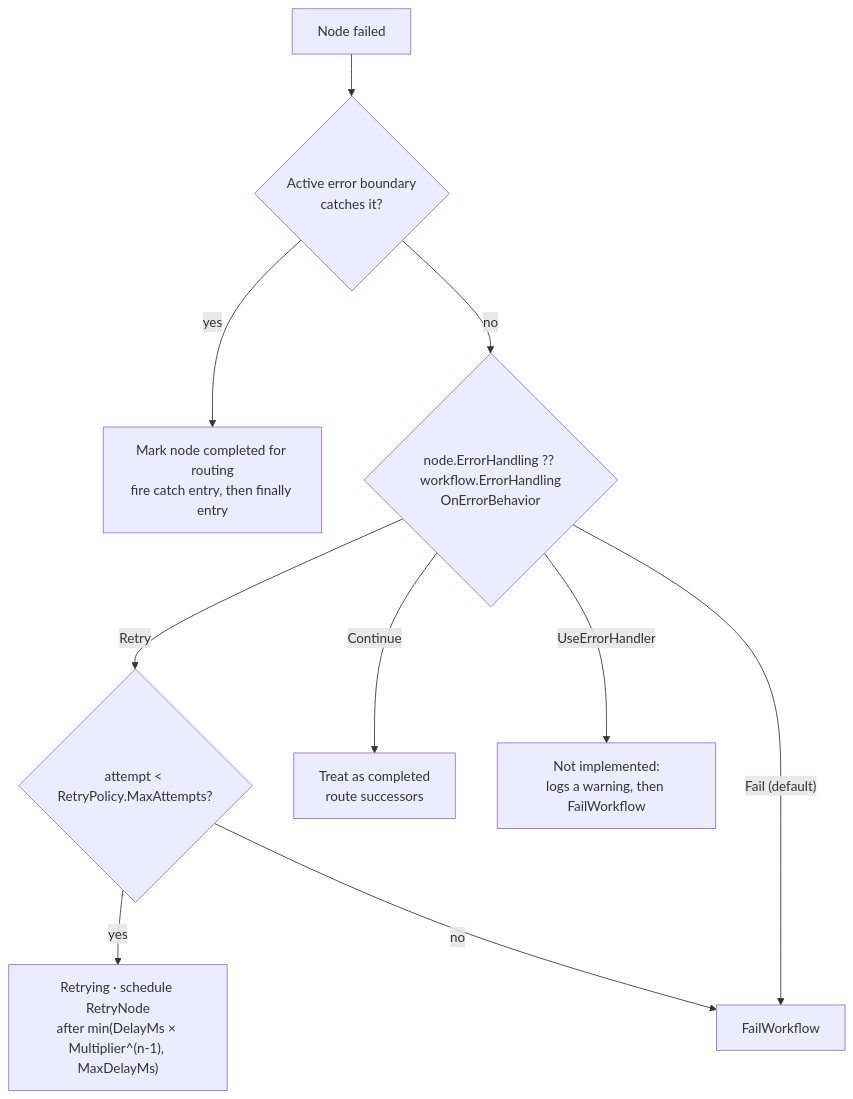
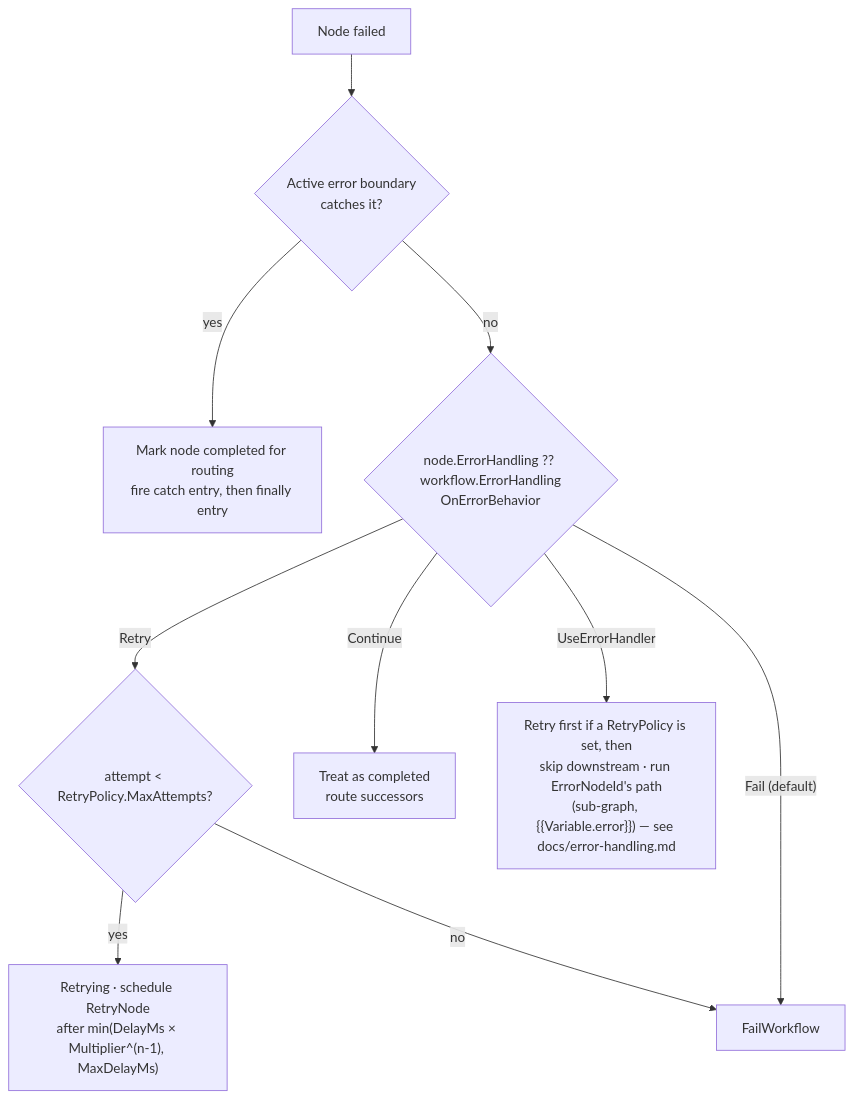
Before and after one commit to to11mtm/GlutenFree.DotFlow: the fifth of 5 diagrams in docs/architecture/01-execution-lifecycle.md, drawn with Mermaid. The commit also changed other lines of this file and 20 other files, not shown here.

Commit message:
fix §12.7: UseErrorHandler runs a catch-style handler path; designer on-error settings; docs/error-handling.md

````diff
--- a/docs/architecture/01-execution-lifecycle.md
+++ b/docs/architecture/01-execution-lifecycle.md
@@ -278,12 +278,12 @@
 ```mermaid
 flowchart TB
     F[Node failed] --> B{Active error boundary<br/>catches it?}
     B -- yes --> CB["Mark node completed for routing<br/>fire catch entry, then finally entry"]
     B -- no --> Beh{"node.ErrorHandling ?? workflow.ErrorHandling<br/>OnErrorBehavior"}
     Beh -- Retry --> R{"attempt &lt; RetryPolicy.MaxAttempts?"}
     R -- yes --> Sch["Retrying · schedule RetryNode<br/>after min(DelayMs × Multiplier^(n-1), MaxDelayMs)"]
     R -- no --> Fail[FailWorkflow]
     Beh -- Continue --> Cont["Treat as completed<br/>route successors"]
-    Beh -- UseErrorHandler --> NI["Not implemented:<br/>logs a warning, then FailWorkflow"]
+    Beh -- UseErrorHandler --> EH["Retry first if a RetryPolicy is set, then<br/>skip downstream · run ErrorNodeId's path<br/>(sub-graph, {{Variable.error}}) — see docs/error-handling.md"]
     Beh -- "Fail (default)" --> Fail
 ```
````
